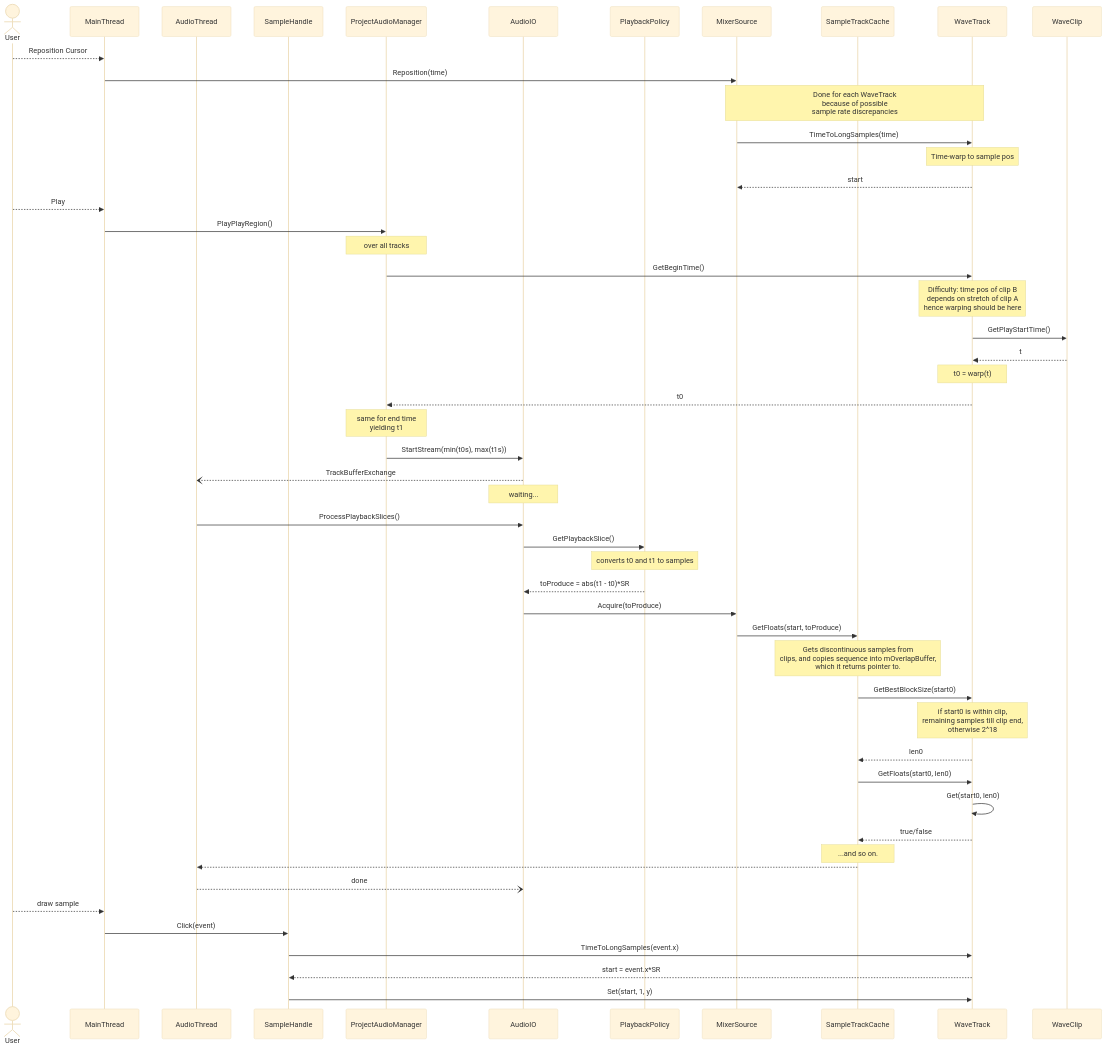
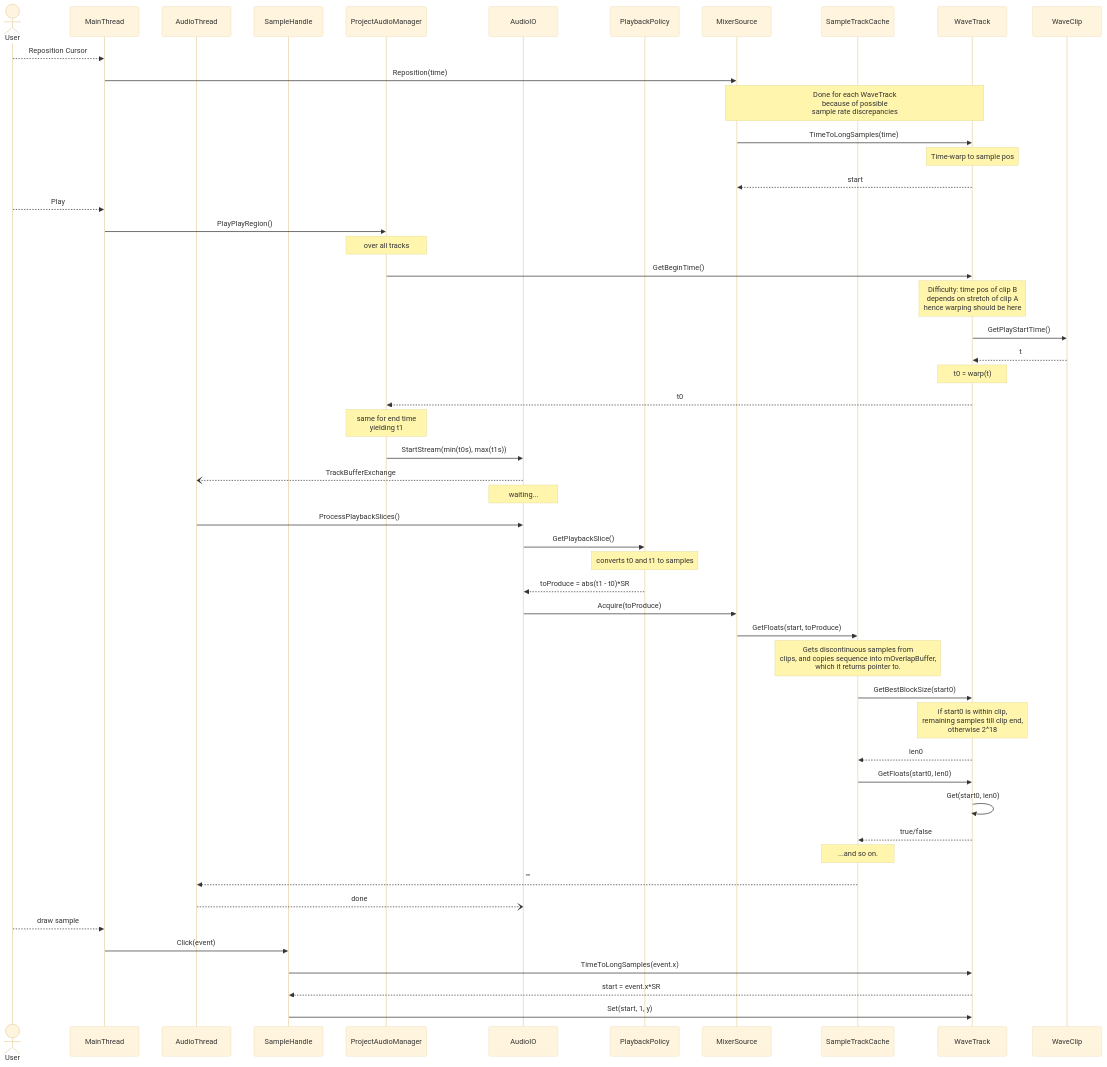
One commit to saintmatthieu/audacity changed the diagram in libraries/lib-time-stretcher/readme.md. Above: the diagram before and after it, drawn with Mermaid (base theme). The commit also changed other lines of this file and 2 other files, not shown here.

````diff
--- a/libraries/lib-time-stretcher/readme.md
+++ b/libraries/lib-time-stretcher/readme.md
@@ -1,57 +35,57 @@
 ```mermaid
 sequenceDiagram
     actor User
     participant MainThread
     participant AudioThread
     participant SampleHandle
     participant ProjectAudioManager
     participant AudioIO
     participant PlaybackPolicy
     participant MixerSource
     participant SampleTrackCache
     participant WaveTrack
     participant WaveClip
 
     User -->> MainThread:Reposition Cursor
     MainThread ->>MixerSource:Reposition(time)
     Note over MixerSource, WaveTrack: Done for each WaveTrack<br/>because of possible<br/>sample rate discrepancies
     MixerSource ->> WaveTrack:TimeToLongSamples(time)
     Note over WaveTrack:Time-warp to sample pos
     WaveTrack -->> MixerSource:start
 
     User -->> MainThread:Play
     MainThread->>ProjectAudioManager:PlayPlayRegion()
     Note over ProjectAudioManager:over all tracks
     ProjectAudioManager->>WaveTrack:GetBeginTime()
     Note over WaveTrack:Difficulty: time pos of clip B<br/>depends on stretch of clip A<br/>hence warping should be here
     WaveTrack->>WaveClip:GetPlayStartTime()
     WaveClip-->>WaveTrack:t
     Note over WaveTrack:t0 = warp(t)
     WaveTrack-->>ProjectAudioManager:t0
     Note over ProjectAudioManager:same for end time<br/>yielding t1
     ProjectAudioManager->>AudioIO:StartStream(min(t0s), max(t1s))
     AudioIO--)AudioThread:TrackBufferExchange
     Note over AudioIO:waiting...
     AudioThread->>AudioIO:ProcessPlaybackSlices()
     AudioIO->>PlaybackPolicy:GetPlaybackSlice()
     Note over PlaybackPolicy:converts t0 and t1 to samples
     PlaybackPolicy-->>AudioIO:toProduce = abs(t1 - t0)*SR
     AudioIO ->> MixerSource:Acquire(toProduce)
     MixerSource->>SampleTrackCache:GetFloats(start, toProduce)
     Note over SampleTrackCache:Gets discontinuous samples from<br/>clips,  and copies sequence into mOverlapBuffer,<br/>which it returns pointer to.
     SampleTrackCache ->> WaveTrack:GetBestBlockSize(start0)
     Note over WaveTrack:if start0 is within clip,<br/>remaining samples till clip end,<br/>otherwise 2^18
     WaveTrack -->> SampleTrackCache:len0
     SampleTrackCache->>WaveTrack:GetFloats(start0, len0)
     WaveTrack->>WaveTrack:Get(start0, len0)
     WaveTrack-->>SampleTrackCache:true/false
     Note over SampleTrackCache:...and so on.
-    SampleTrackCache-->>AudioThread: 
+    SampleTrackCache-->>AudioThread:""
     AudioThread--)AudioIO:done
 
     User -->> MainThread:draw sample
     MainThread ->> SampleHandle:Click(event)
     SampleHandle ->> WaveTrack:TimeToLongSamples(event.x)
     WaveTrack -->> SampleHandle:start = event.x*SR
     SampleHandle ->> WaveTrack:Set(start, 1, y)
 ```
````
